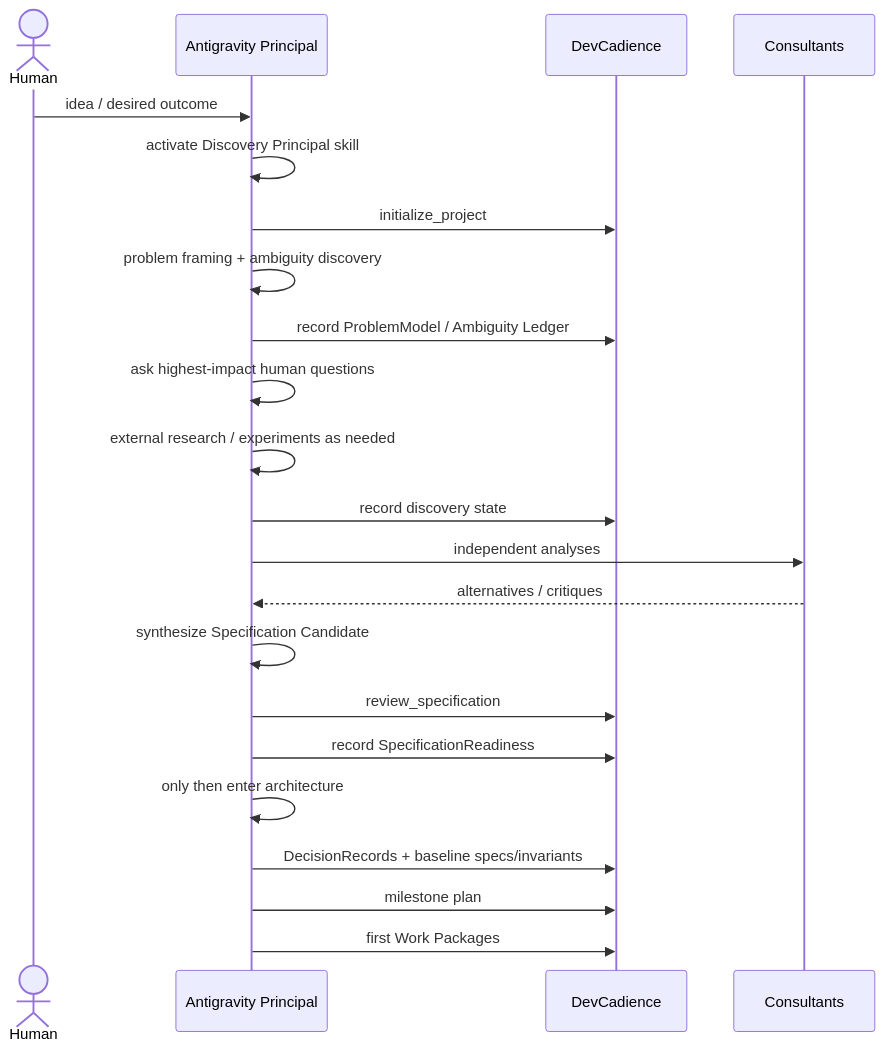
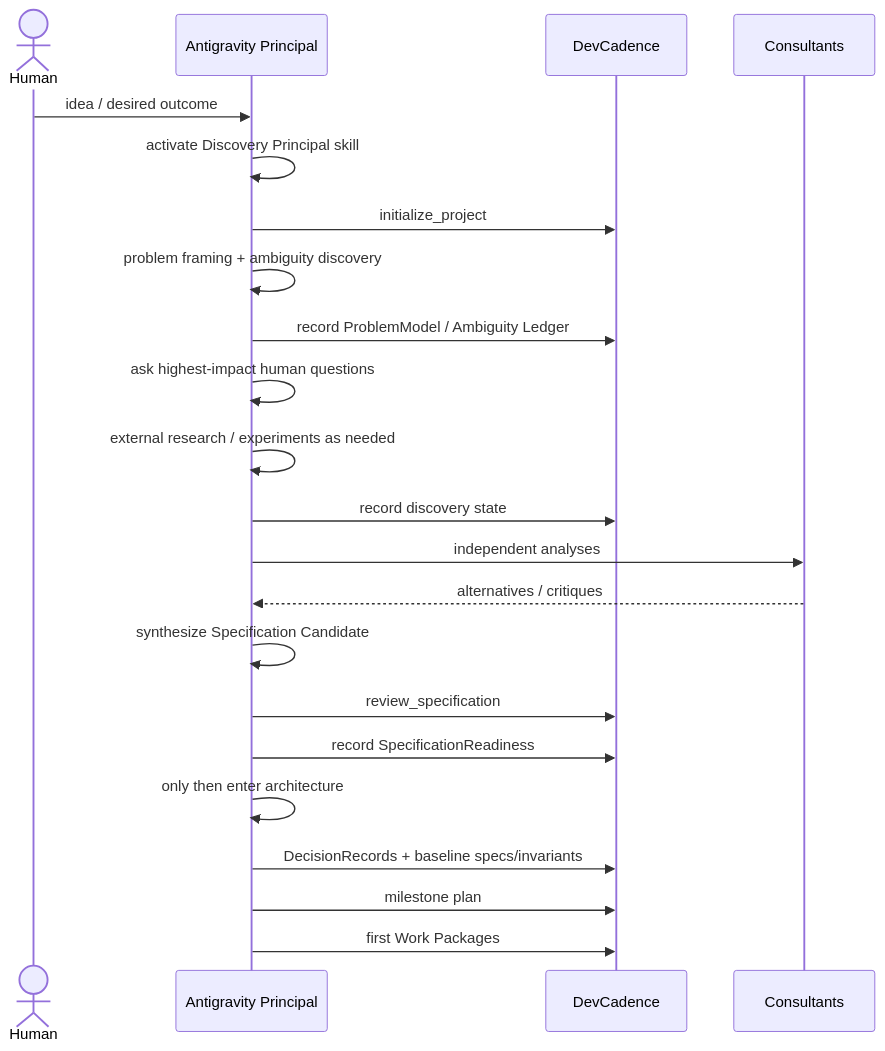
One commit to olostan/DevCadence changed the third of 4 diagrams in docs/ANTIGRAVITY_INTEGRATION.md. Above: the diagram before and after it, drawn with Mermaid. The commit also changed other lines of this file and 207 other files, not shown here.

Commit message:
refactor: rename DevCadience to DevCadence

````diff
--- a/docs/ANTIGRAVITY_INTEGRATION.md
+++ b/docs/ANTIGRAVITY_INTEGRATION.md
@@ -416,25 +416,25 @@
 ```mermaid
 sequenceDiagram
     actor H as Human
     participant P as Antigravity Principal
-    participant D as DevCadience
+    participant D as DevCadence
     participant C as Consultants
 
     H->>P: idea / desired outcome
     P->>P: activate Discovery Principal skill
     P->>D: initialize_project
     P->>P: problem framing + ambiguity discovery
     P->>D: record ProblemModel / Ambiguity Ledger
     P->>P: ask highest-impact human questions
     P->>P: external research / experiments as needed
     P->>D: record discovery state
     P->>C: independent analyses
     C-->>P: alternatives / critiques
     P->>P: synthesize Specification Candidate
     P->>D: review_specification
     P->>D: record SpecificationReadiness
     P->>P: only then enter architecture
     P->>D: DecisionRecords + baseline specs/invariants
     P->>D: milestone plan
     P->>D: first Work Packages
 ```
````
